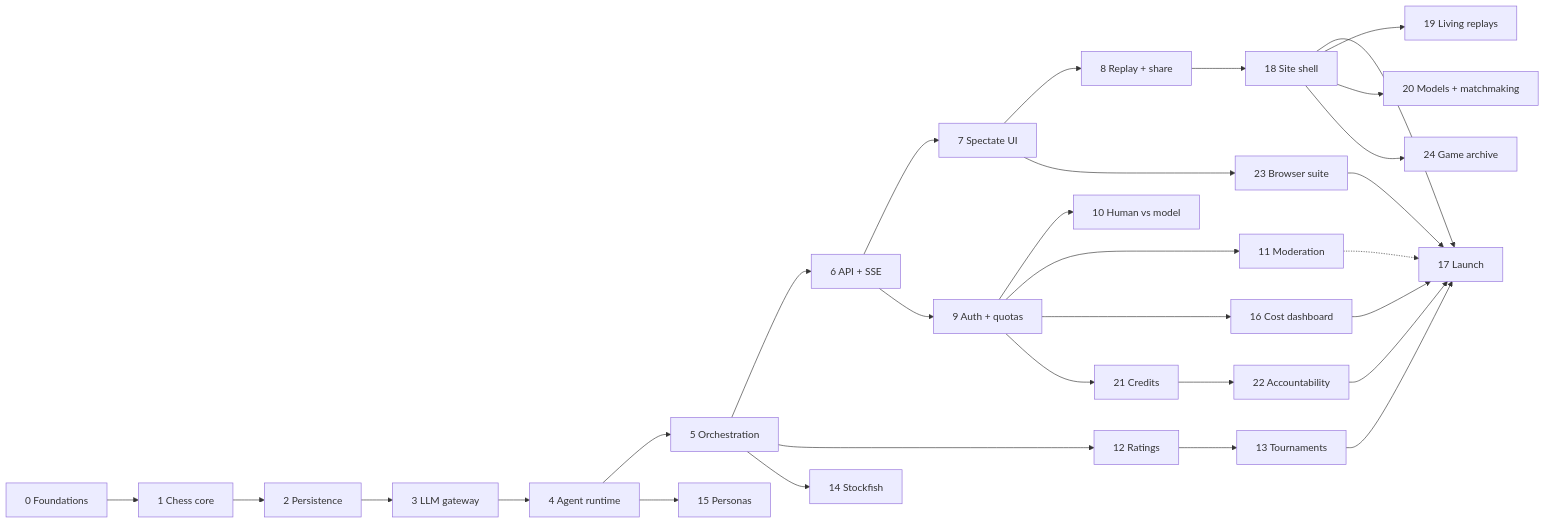
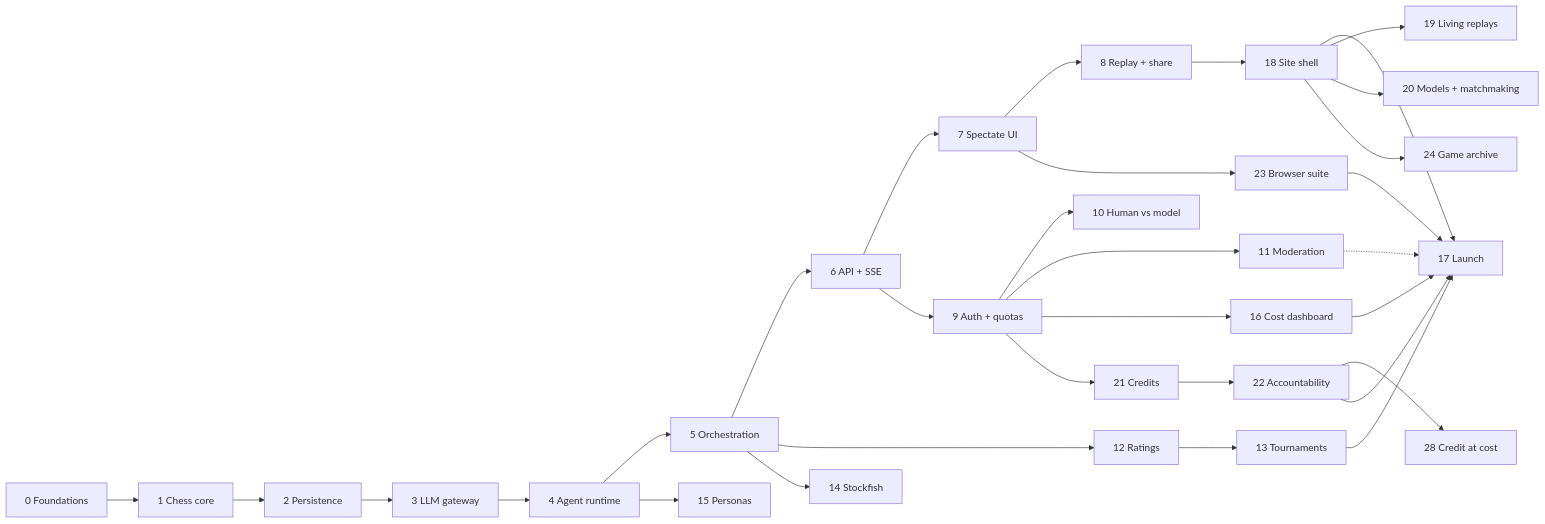
The diagram in docs/ROADMAP.md (ahmedsaed/chessmark), drawn with Mermaid before and after one commit. The commit also changed other lines of this file and 55 other files, not shown here.

First line of the commit message:
feat(credits): credit is dollars, spent at each turn's actual cost (AUTH-10, AUTH-11, AUTH-13)

````diff
--- a/docs/ROADMAP.md
+++ b/docs/ROADMAP.md
@@ -21,32 +21,33 @@
 ```mermaid
 flowchart LR
     P0[0 Foundations] --> P1[1 Chess core]
     P1 --> P2[2 Persistence]
     P2 --> P3[3 LLM gateway]
     P3 --> P4[4 Agent runtime]
     P4 --> P5[5 Orchestration]
     P5 --> P6[6 API + SSE]
     P6 --> P7[7 Spectate UI]
     P7 --> P8[8 Replay + share]
     P6 --> P9[9 Auth + quotas]
     P9 --> P10[10 Human vs model]
     P9 --> P11[11 Moderation]
     P5 --> P12[12 Ratings]
     P12 --> P13[13 Tournaments]
     P5 --> P14[14 Stockfish]
     P4 --> P15[15 Personas]
     P9 --> P16[16 Cost dashboard]
     P8 --> P18[18 Site shell]
     P18 --> P17[17 Launch]
     P18 --> P19[19 Living replays]
     P18 --> P20[20 Models + matchmaking]
     P9 --> P21[21 Credits]
     P21 --> P22[22 Accountability]
+    P22 --> P28[28 Credit at cost]
     P22 --> P17
     P7 --> P23[23 Browser suite]
     P18 --> P24[24 Game archive]
     P23 --> P17
     P11 -.-> P17
     P13 --> P17
     P16 --> P17
 ```
````
